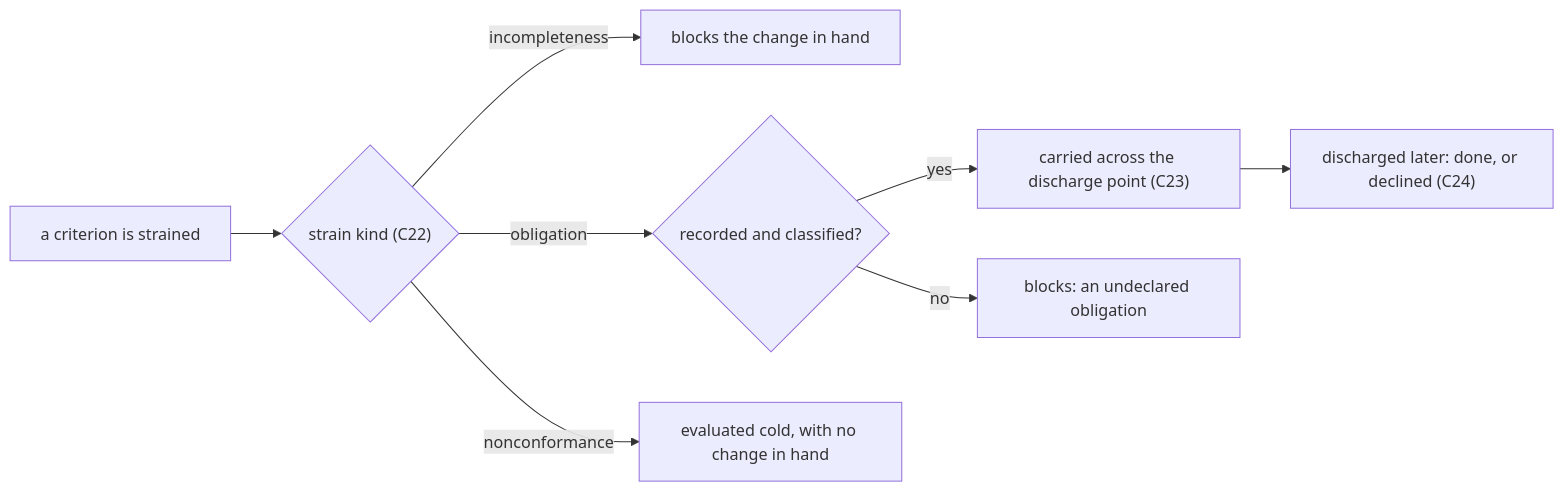
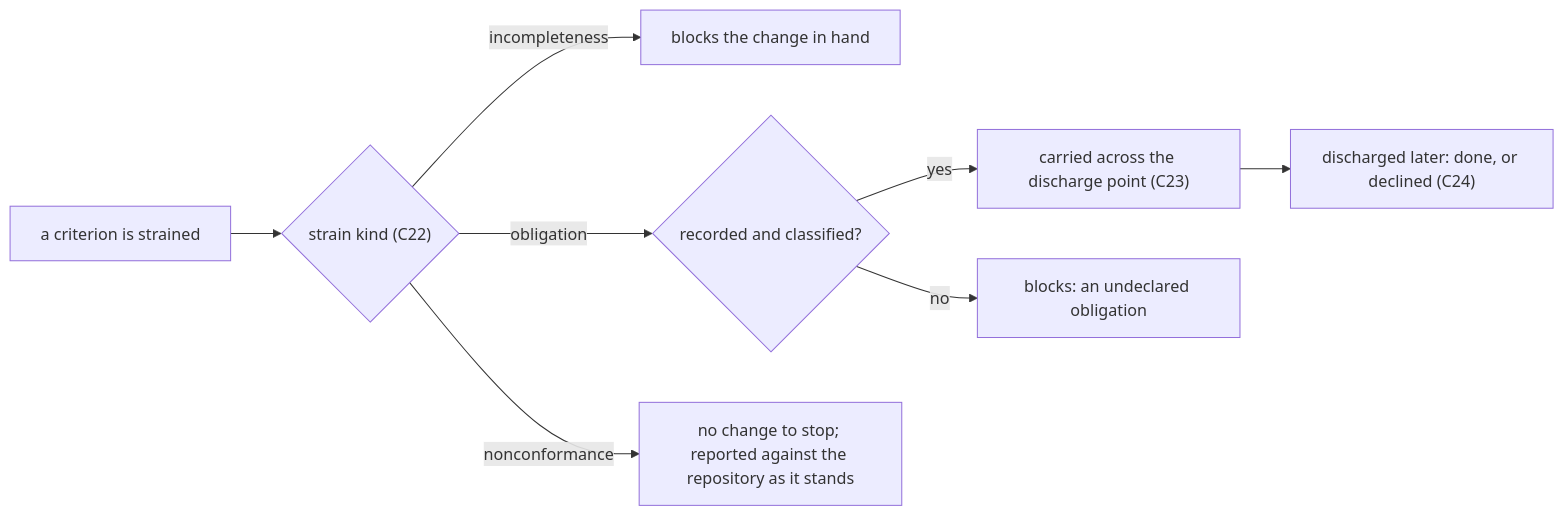
Before and after one commit to cyberuni/cyber-sdd: the fifth of 10 diagrams in packages/cyber-sdd/.agents/spec/governances/criteria-governance.md, drawn with Mermaid. The commit also changed other lines of this file, not shown here.

````diff
--- a/packages/cyber-sdd/.agents/spec/governances/criteria-governance.md
+++ b/packages/cyber-sdd/.agents/spec/governances/criteria-governance.md
@@ -340,10 +341,10 @@
 ```mermaid
 flowchart LR
   st["a criterion is strained"] --> ty{"strain kind (C22)"}
   ty -- incompleteness --> blk["blocks the change in hand"]
   ty -- obligation --> rec{"recorded and classified?"}
   rec -- yes --> car["carried across the discharge point (C23)"]
   rec -- no --> und["blocks: an undeclared obligation"]
   car --> later["discharged later: done, or declined (C24)"]
-  ty -- nonconformance --> cold["evaluated cold, with no change in hand"]
+  ty -- nonconformance --> cold["no change to stop; reported against the repository as it stands"]
 ```
````
